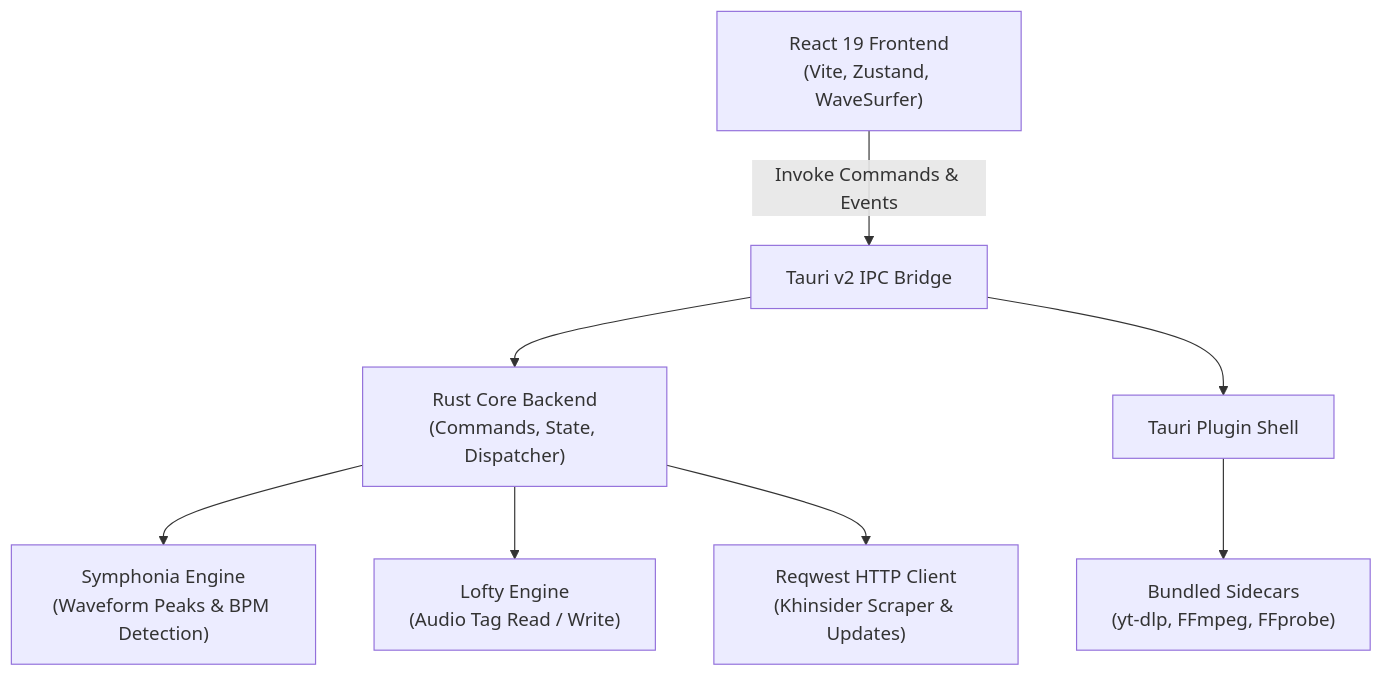
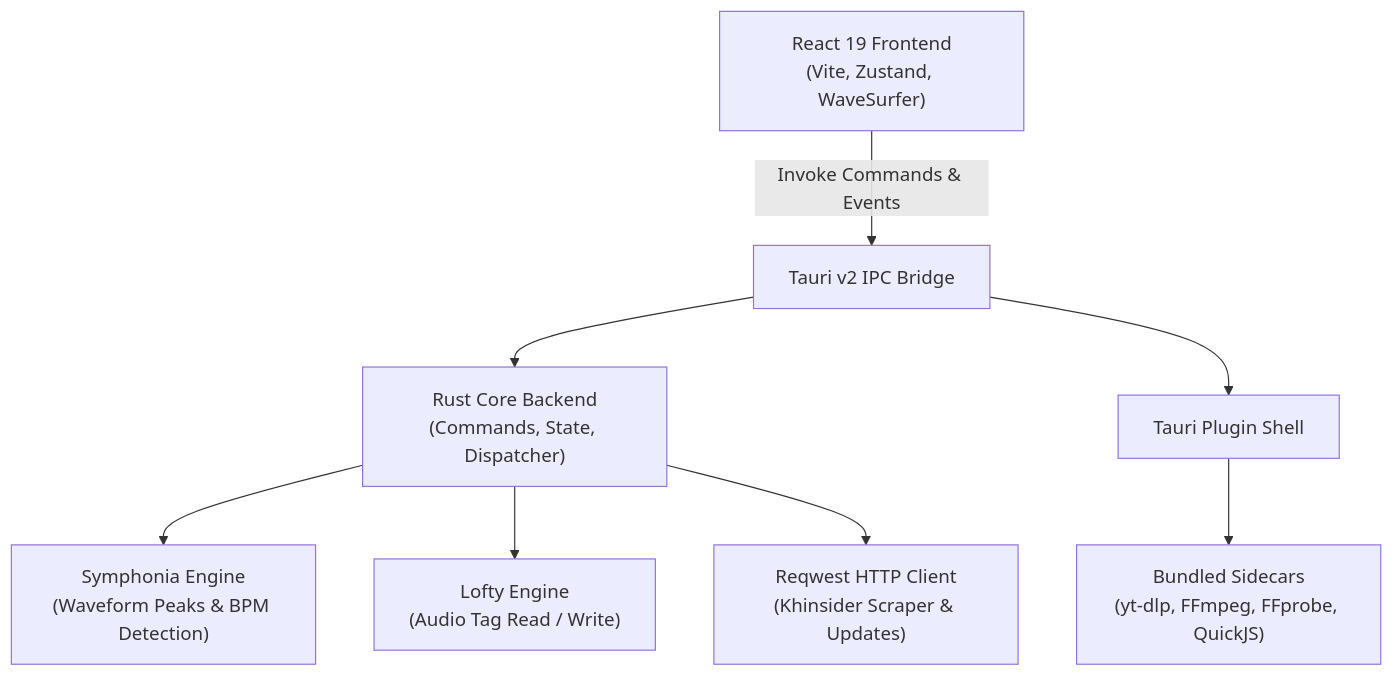
Before and after one commit to rwbu69/eltoolkitde_rwbu: the diagram in README.md, drawn with Mermaid. The commit also changed other lines of this file and 43 other files, not shown here.

````diff
--- a/README.md
+++ b/README.md
@@ -221,19 +156,19 @@
 ```mermaid
 flowchart TD
     UI["React 19 Frontend<br/>(Vite, Zustand, WaveSurfer)"]
     IPC["Tauri v2 IPC Bridge"]
     RUST["Rust Core Backend<br/>(Commands, State, Dispatcher)"]
     SYM["Symphonia Engine<br/>(Waveform Peaks & BPM Detection)"]
     LOF["Lofty Engine<br/>(Audio Tag Read / Write)"]
     HTTP["Reqwest HTTP Client<br/>(Khinsider Scraper & Updates)"]
     SHELL["Tauri Plugin Shell"]
-    SC["Bundled Sidecars<br/>(yt-dlp, FFmpeg, FFprobe)"]
+    SC["Bundled Sidecars<br/>(yt-dlp, FFmpeg, FFprobe, QuickJS)"]
 
     UI -->|Invoke Commands & Events| IPC
     IPC --> RUST
     RUST --> SYM
     RUST --> LOF
     RUST --> HTTP
     IPC --> SHELL
     SHELL --> SC
 ```
````
